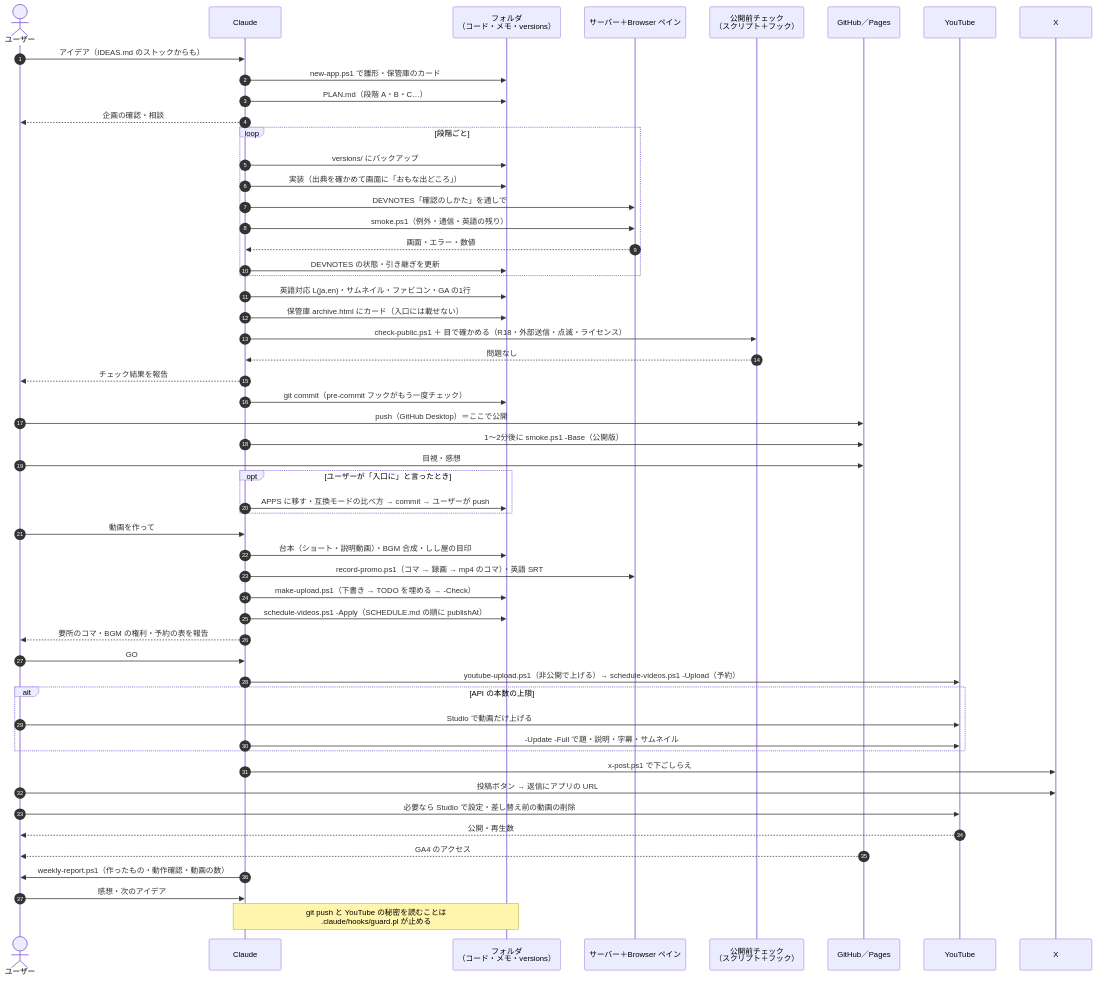
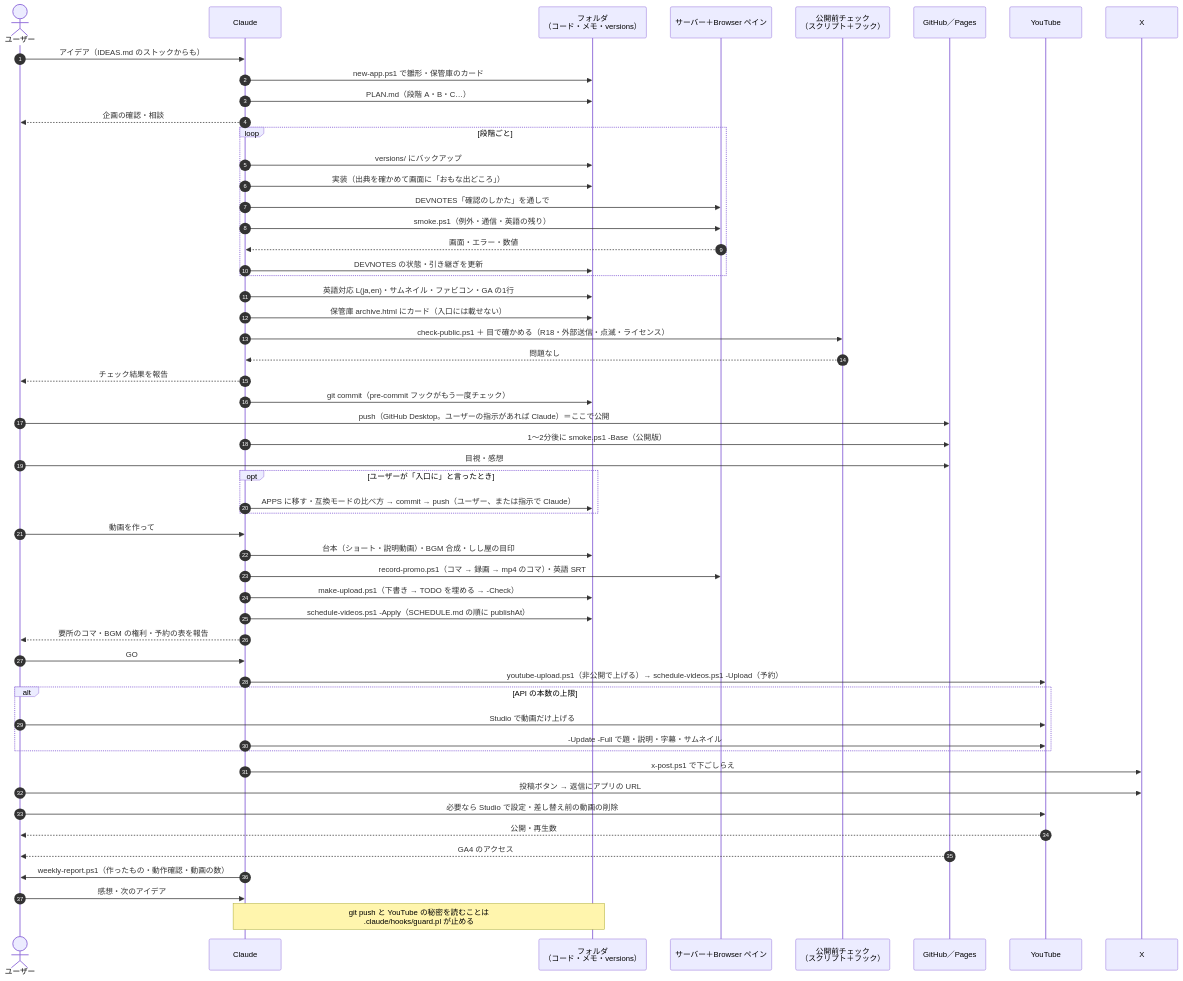
One commit to sishiya/manabi-lab changed the second of 2 diagrams in _dev/WORKFLOW.md. Above: the diagram before and after it, drawn with Mermaid. The commit also changed other lines of this file and 4 other files, not shown here.

Commit message:
push のルール: ユーザーがチャットで指示したときだけ Claude が push してよい（RULES 10章）。フックは先頭に MANABI_PUSH_OK=1 のついた push だけ通し、force push はいつも止める

````diff
--- a/_dev/WORKFLOW.md
+++ b/_dev/WORKFLOW.md
@@ -89,58 +89,58 @@
 ```mermaid
 sequenceDiagram
   autonumber
   actor U as ユーザー
   participant C as Claude
   participant L as フォルダ<br/>（コード・メモ・versions）
   participant B as サーバー＋Browser ペイン
   participant K as 公開前チェック<br/>（スクリプト＋フック）
   participant G as GitHub／Pages
   participant Y as YouTube
   participant X as X
 
   U->>C: アイデア（IDEAS.md のストックからも）
   C->>L: new-app.ps1 で雛形・保管庫のカード
   C->>L: PLAN.md（段階 A・B・C…）
   C-->>U: 企画の確認・相談
   loop 段階ごと
     C->>L: versions/ にバックアップ
     C->>L: 実装（出典を確かめて画面に「おもな出どころ」）
     C->>B: DEVNOTES「確認のしかた」を通しで
     C->>B: smoke.ps1（例外・通信・英語の残り）
     B-->>C: 画面・エラー・数値
     C->>L: DEVNOTES の状態・引き継ぎを更新
   end
   C->>L: 英語対応 L(ja,en)・サムネイル・ファビコン・GA の1行
   C->>L: 保管庫 archive.html にカード（入口には載せない）
   C->>K: check-public.ps1 ＋ 目で確かめる（R18・外部送信・点滅・ライセンス）
   K-->>C: 問題なし
   C-->>U: チェック結果を報告
   C->>L: git commit（pre-commit フックがもう一度チェック）
-  U->>G: push（GitHub Desktop）＝ここで公開
+  U->>G: push（GitHub Desktop。ユーザーの指示があれば Claude）＝ここで公開
   C->>G: 1〜2分後に smoke.ps1 -Base（公開版）
   U->>G: 目視・感想
   opt ユーザーが「入口に」と言ったとき
-    C->>L: APPS に移す・互換モードの比べ方 → commit → ユーザーが push
+    C->>L: APPS に移す・互換モードの比べ方 → commit → push（ユーザー、または指示で Claude）
   end
 
   U->>C: 動画を作って
   C->>L: 台本（ショート・説明動画）・BGM 合成・しし屋の目印
   C->>B: record-promo.ps1（コマ → 録画 → mp4 のコマ）・英語 SRT
   C->>L: make-upload.ps1（下書き → TODO を埋める → -Check）
   C->>L: schedule-videos.ps1 -Apply（SCHEDULE.md の順に publishAt）
   C-->>U: 要所のコマ・BGM の権利・予約の表を報告
   U->>C: GO
   C->>Y: youtube-upload.ps1（非公開で上げる）→ schedule-videos.ps1 -Upload（予約）
   alt API の本数の上限
     U->>Y: Studio で動画だけ上げる
     C->>Y: -Update -Full で題・説明・字幕・サムネイル
   end
   C->>X: x-post.ps1 で下ごしらえ
   U->>X: 投稿ボタン → 返信にアプリの URL
   U->>Y: 必要なら Studio で設定・差し替え前の動画の削除
   Y-->>U: 公開・再生数
   G-->>U: GA4 のアクセス
   C->>U: weekly-report.ps1（作ったもの・動作確認・動画の数）
   U->>C: 感想・次のアイデア
   Note over C,L: git push と YouTube の秘密を読むことは<br/>.claude/hooks/guard.pl が止める
 ```
````
